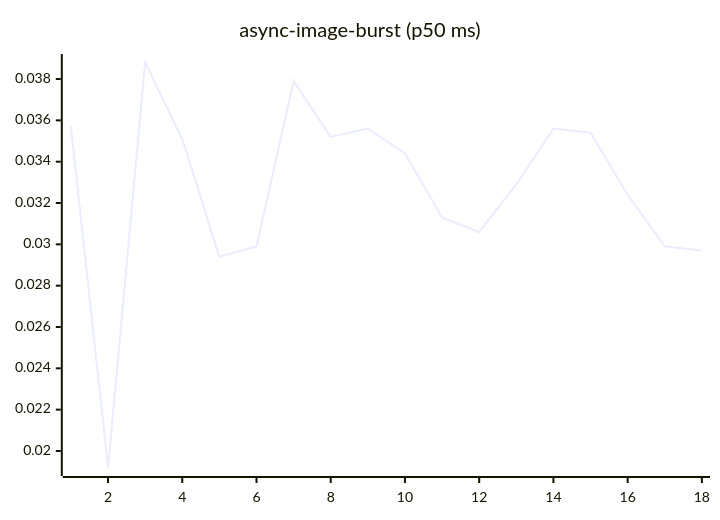
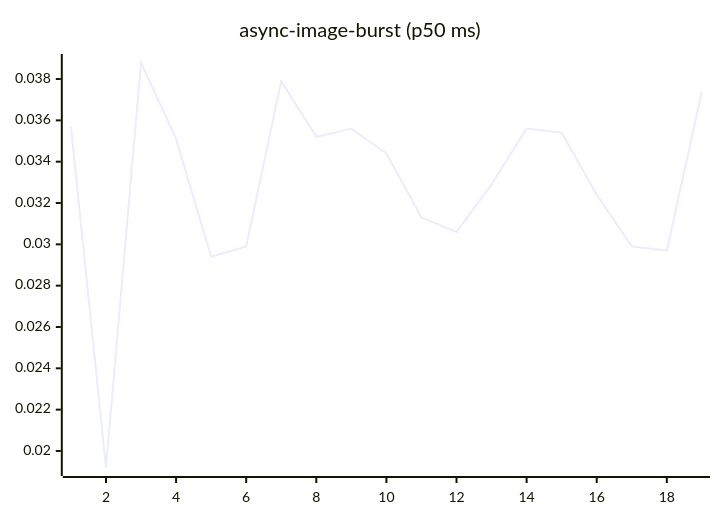
The fourth of 27 diagrams in README.md (josha/Facet), drawn with Mermaid before and after one commit. The commit also changed other lines of this file and 2 other files, not shown here.

````diff
--- a/README.md
+++ b/README.md
@@ -84,6 +84,6 @@
 ```mermaid
 xychart-beta
     title "async-image-burst (p50 ms)"
-    x-axis 1 --> 18
-    line [0.0357, 0.0192, 0.0388, 0.0351, 0.0294, 0.0299, 0.0379, 0.0352, 0.0356, 0.0344, 0.0313, 0.0306, 0.0329, 0.0356, 0.0354, 0.0324, 0.0299, 0.0297]
+    x-axis 1 --> 19
+    line [0.0357, 0.0192, 0.0388, 0.0351, 0.0294, 0.0299, 0.0379, 0.0352, 0.0356, 0.0344, 0.0313, 0.0306, 0.0329, 0.0356, 0.0354, 0.0324, 0.0299, 0.0297, 0.0374]
 ```
````
